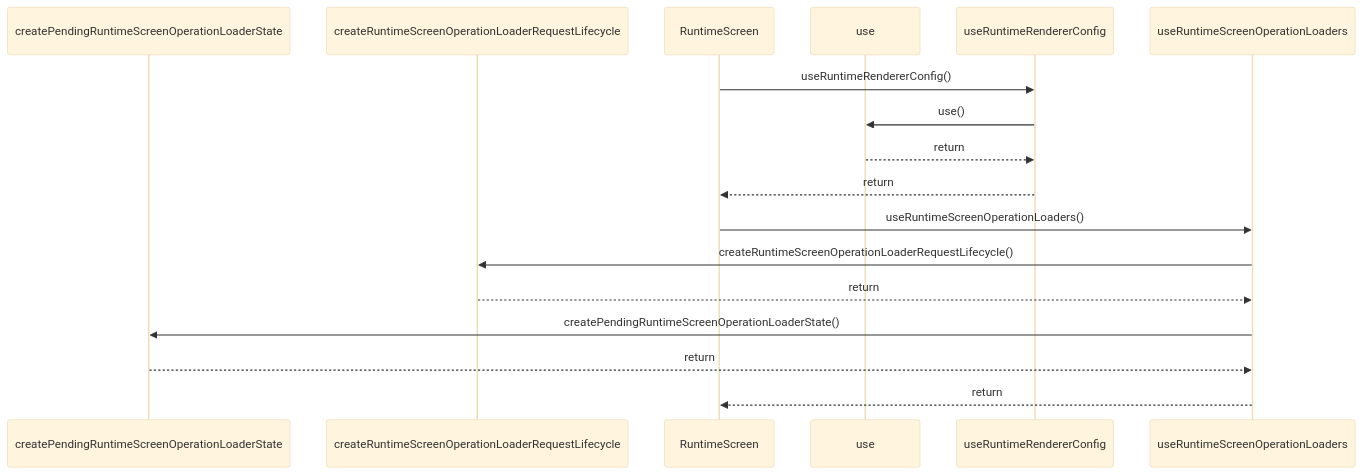
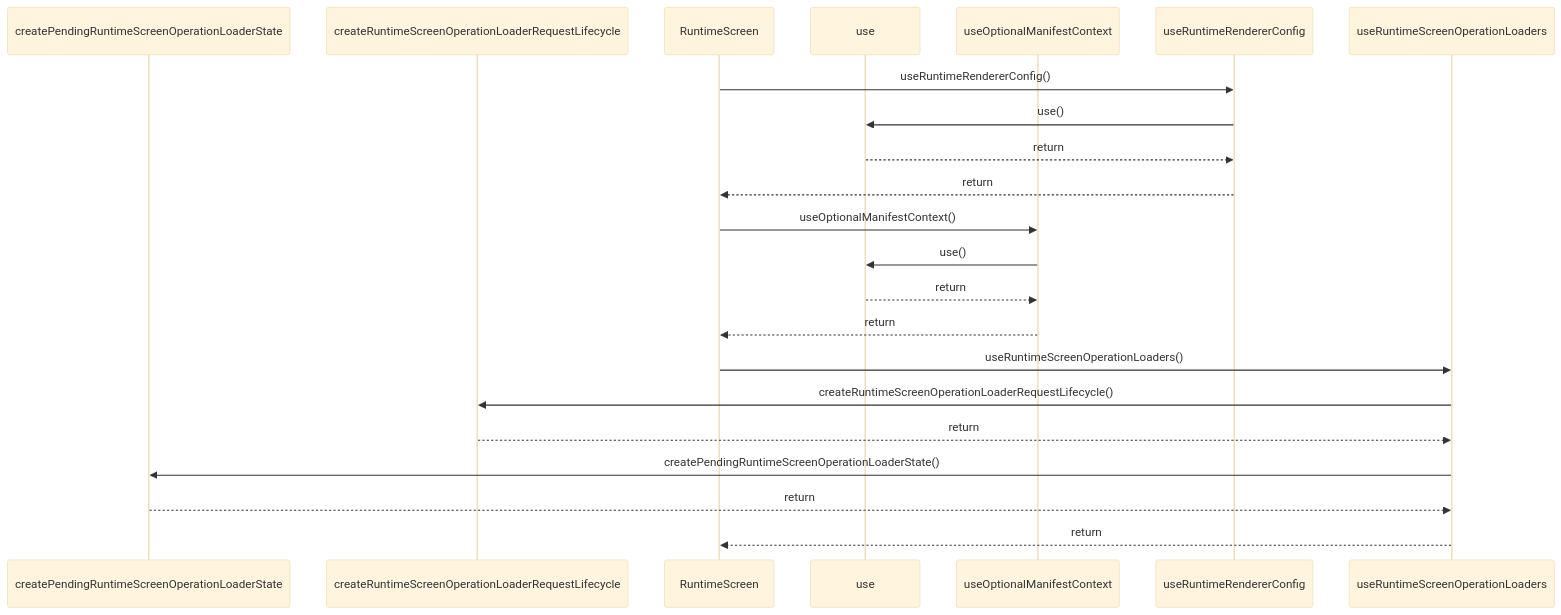
The diagram in paradox/diagrams/sequences/runtime-screen.mmd (ankhorage/runtime), drawn with Mermaid (base theme) before and after one commit. The commit also changed 14 other files, not shown here.

```diff
--- a/paradox/diagrams/sequences/runtime-screen.mmd
+++ b/paradox/diagrams/sequences/runtime-screen.mmd
@@ -1,17 +1,22 @@
 sequenceDiagram
   participant participant_createPendingRuntimeScreenOperationLoaderState as createPendingRuntimeScreenOperationLoaderState
   participant participant_createRuntimeScreenOperationLoaderRequestLifecycle as createRuntimeScreenOperationLoaderRequestLifecycle
   participant participant_RuntimeScreen as RuntimeScreen
   participant participant_use as use
+  participant participant_useOptionalManifestContext as useOptionalManifestContext
   participant participant_useRuntimeRendererConfig as useRuntimeRendererConfig
   participant participant_useRuntimeScreenOperationLoaders as useRuntimeScreenOperationLoaders
   participant_RuntimeScreen->>participant_useRuntimeRendererConfig: useRuntimeRendererConfig()
   participant_useRuntimeRendererConfig->>participant_use: use()
   participant_use-->>participant_useRuntimeRendererConfig: return
   participant_useRuntimeRendererConfig-->>participant_RuntimeScreen: return
+  participant_RuntimeScreen->>participant_useOptionalManifestContext: useOptionalManifestContext()
+  participant_useOptionalManifestContext->>participant_use: use()
+  participant_use-->>participant_useOptionalManifestContext: return
+  participant_useOptionalManifestContext-->>participant_RuntimeScreen: return
   participant_RuntimeScreen->>participant_useRuntimeScreenOperationLoaders: useRuntimeScreenOperationLoaders()
   participant_useRuntimeScreenOperationLoaders->>participant_createRuntimeScreenOperationLoaderRequestLifecycle: createRuntimeScreenOperationLoaderRequestLifecycle()
   participant_createRuntimeScreenOperationLoaderRequestLifecycle-->>participant_useRuntimeScreenOperationLoaders: return
   participant_useRuntimeScreenOperationLoaders->>participant_createPendingRuntimeScreenOperationLoaderState: createPendingRuntimeScreenOperationLoaderState()
   participant_createPendingRuntimeScreenOperationLoaderState-->>participant_useRuntimeScreenOperationLoaders: return
   participant_useRuntimeScreenOperationLoaders-->>participant_RuntimeScreen: return
```
